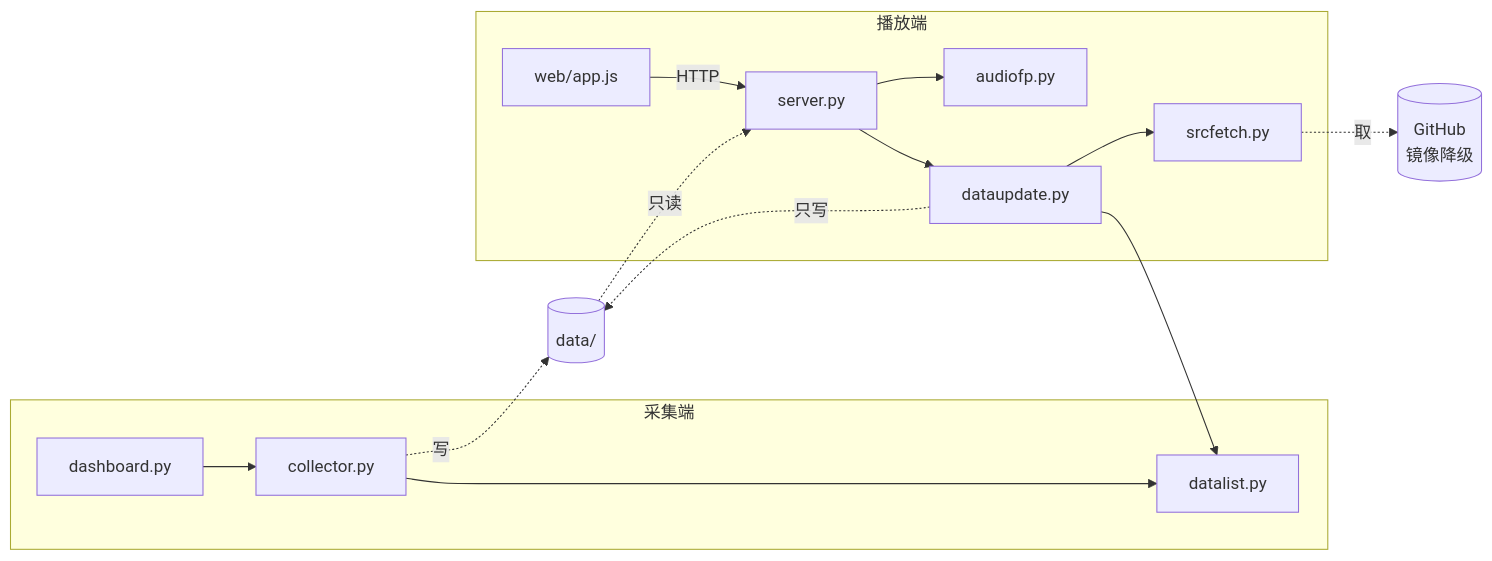
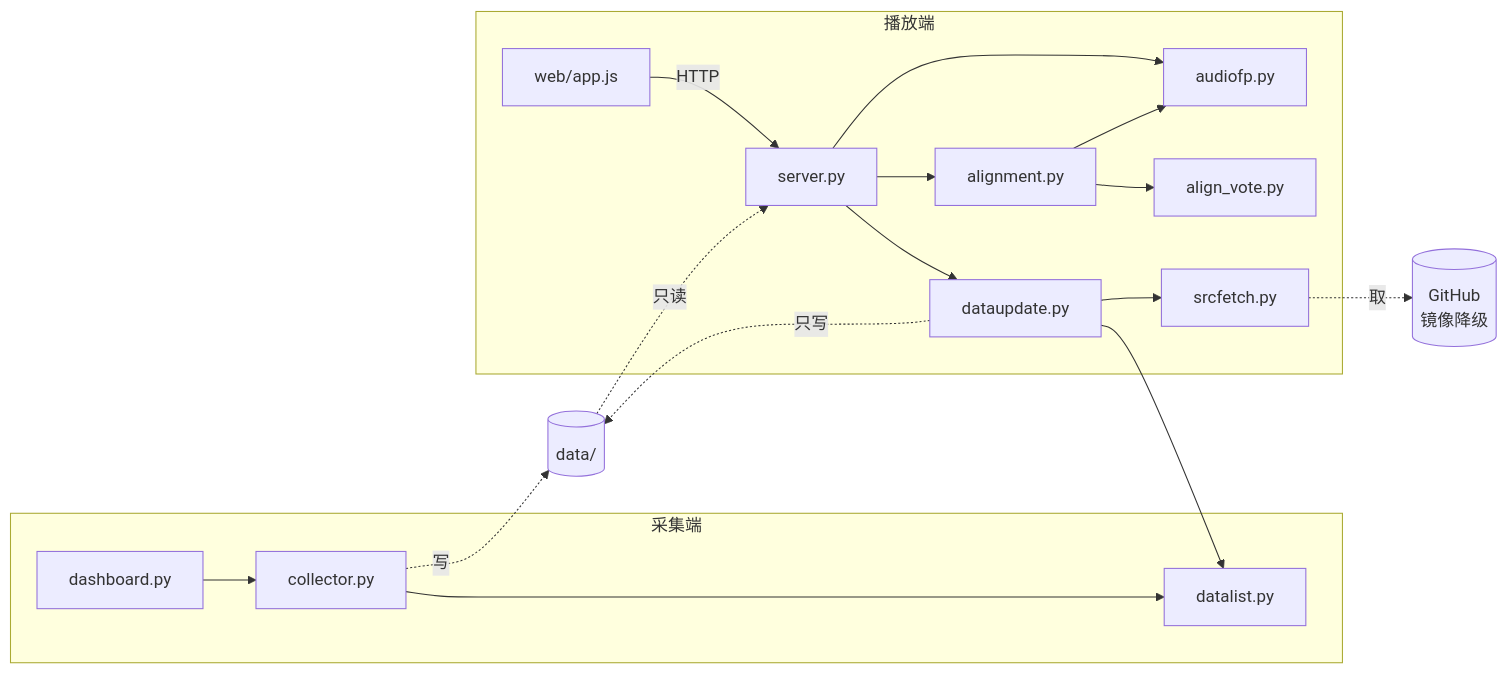
One commit to root9701/danmaku-timewarp changed the first of 3 diagrams in 架构总览.md. Above: the diagram before and after it, drawn with Mermaid. The commit also changed other lines of this file and 8 other files, not shown here.

Commit message:
refactor(对齐): 抽出 alignment/align_vote, 新增无头校准 CLI

````diff
--- a/架构总览.md
+++ b/架构总览.md
@@ -30,18 +33,21 @@
 ```mermaid
 flowchart LR
   subgraph 采集端
     D[dashboard.py] --> C[collector.py]
     C --> L[live_audiofp.py]
   end
   subgraph 播放端
-    S[server.py] --> A[audiofp.py]
+    S[server.py] --> AL[alignment.py]
+    S --> A[audiofp.py]
+    AL --> A
+    AL --> V[align_vote.py]
     S --> U[dataupdate.py]
     U --> L[datalist.py]
     U --> F[srcfetch.py]
     W[web/app.js] -->|HTTP| S
   end
   C -.写.-> FS[(data/)]
   FS -.只读.-> S
   U -.只写.-> FS
   F -.取.-> GH[(GitHub<br/>镜像降级)]
 ```
````
